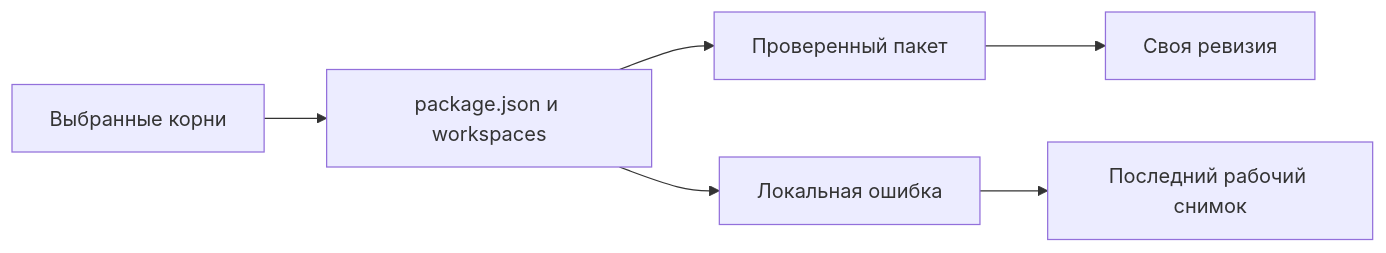
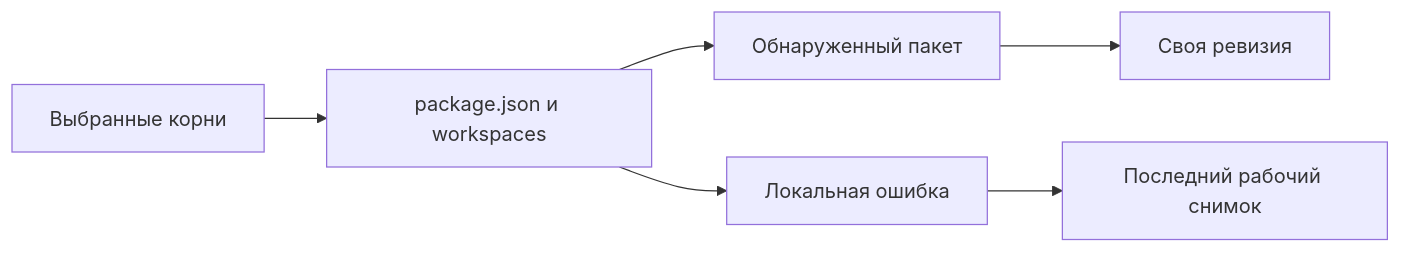
Before and after one commit to zavx0z/storybook: the diagram in archetypes/package/notes/draft-discovery.md, drawn with Mermaid. The commit also changed other lines of this file and 37 other files, not shown here.

````diff
--- a/archetypes/package/notes/draft-discovery.md
+++ b/archetypes/package/notes/draft-discovery.md
@@ -8,8 +8,8 @@
 ```mermaid
 flowchart LR
   roots["Выбранные корни"] --> find["package.json и workspaces"]
-  find --> good["Проверенный пакет"]
+  find --> good["Обнаруженный пакет"]
   find --> bad["Локальная ошибка"]
   good --> revision["Своя ревизия"]
   bad --> keep["Последний рабочий снимок"]
 ```
````
